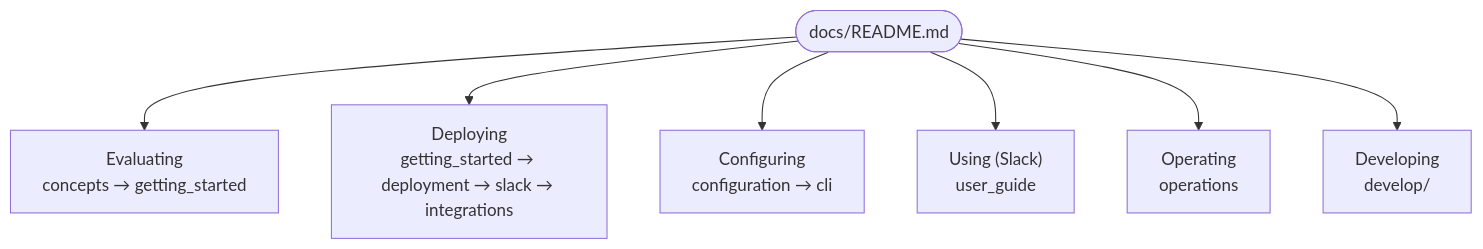
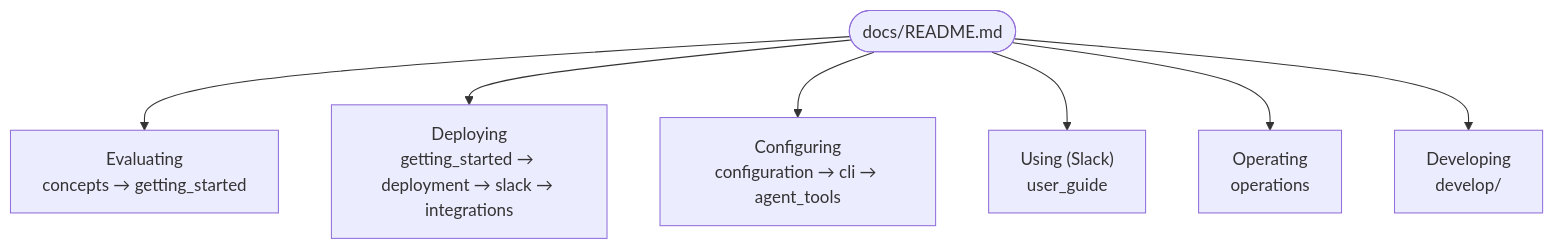
Before and after one commit to secmon-lab/hecatoncheires: the diagram in docs/README.md, drawn with Mermaid. The commit also changed other lines of this file and 5 other files, not shown here.

````diff
--- a/docs/README.md
+++ b/docs/README.md
@@ -5,10 +5,10 @@
 ```mermaid
 flowchart TD
   Start([docs/README.md])
   Start --> A1["Evaluating<br/>concepts → getting_started"]
   Start --> A2["Deploying<br/>getting_started → deployment → slack → integrations"]
-  Start --> A3["Configuring<br/>configuration → cli"]
+  Start --> A3["Configuring<br/>configuration → cli → agent_tools"]
   Start --> A4["Using (Slack)<br/>user_guide"]
   Start --> A5["Operating<br/>operations"]
   Start --> A6["Developing<br/>develop/"]
 ```
````
